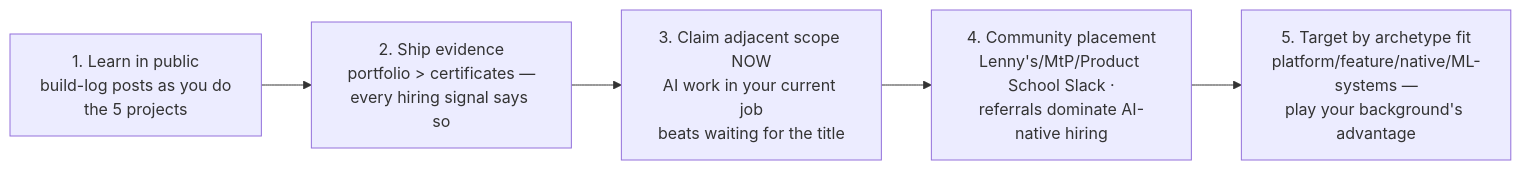
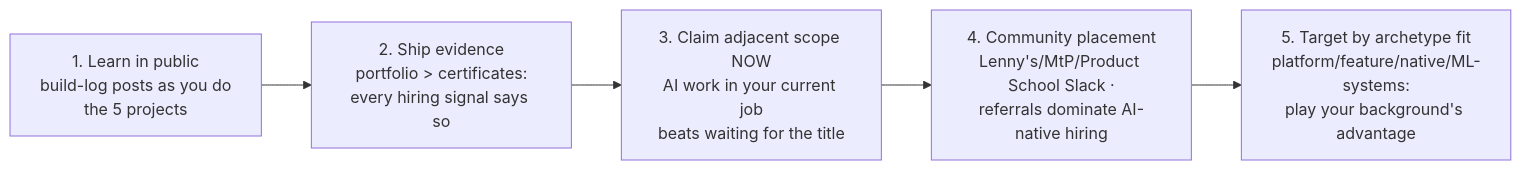
The diagram in 08-career/transition-guides.md (sugirdadinakar/AI-for-Product-Managers), drawn with Mermaid before and after one commit. The commit also changed other lines of this file and 59 other files, not shown here.

````diff
--- a/08-career/transition-guides.md
+++ b/08-career/transition-guides.md
@@ -45,7 +45,7 @@
 ```mermaid
 flowchart LR
-    A["1. Learn in public<br/>build-log posts as you do<br/>the 5 projects"] --> B["2. Ship evidence<br/>portfolio > certificates —<br/>every hiring signal says so"]
+    A["1. Learn in public<br/>build-log posts as you do<br/>the 5 projects"] --> B["2. Ship evidence<br/>portfolio > certificates:<br/>every hiring signal says so"]
     B --> C["3. Claim adjacent scope NOW<br/>AI work in your current job<br/>beats waiting for the title"]
     C --> D["4. Community placement<br/>Lenny's/MtP/Product School Slack ·<br/>referrals dominate AI-native hiring"]
-    D --> E["5. Target by archetype fit<br/>platform/feature/native/ML-systems —<br/>play your background's advantage"]
+    D --> E["5. Target by archetype fit<br/>platform/feature/native/ML-systems:<br/>play your background's advantage"]
 ```
````
